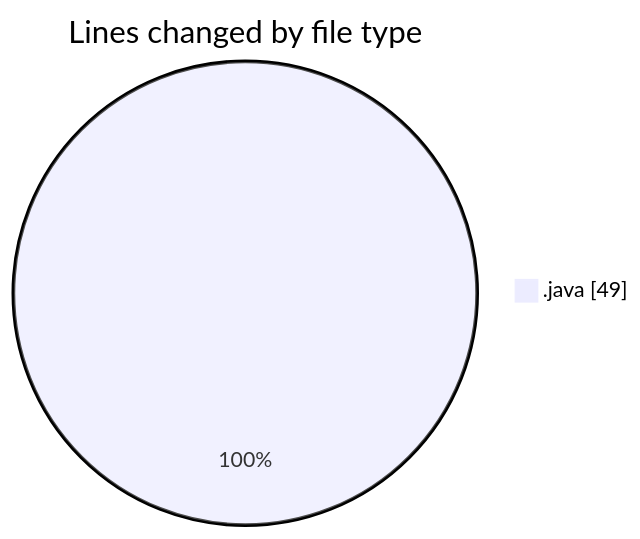
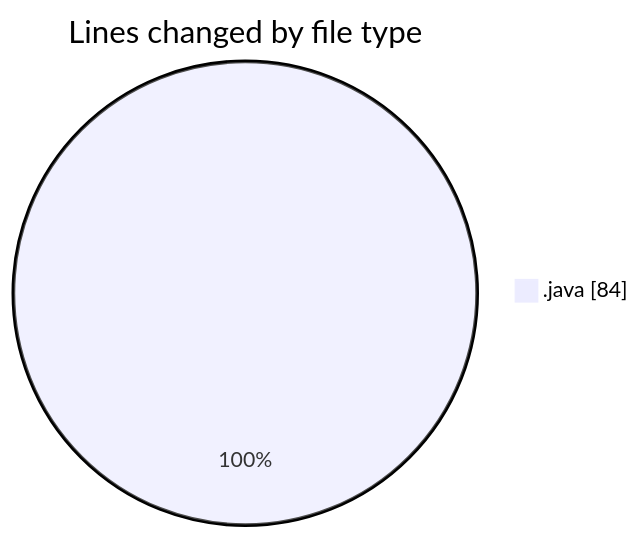
One commit to NitaiMahat/code-tracking changed the first of 2 diagrams in 2025-03-08/computer_202/README.md. Above: the diagram before and after it, drawn with Mermaid. The commit also changed other lines of this file and 1 other file, not shown here.

````diff
--- a/2025-03-08/computer_202/README.md
+++ b/2025-03-08/computer_202/README.md
@@ -21,5 +21,5 @@
 ```mermaid
 pie showData
 title Lines changed by file type
-".java" : 49
+".java" : 84
 ```
````
